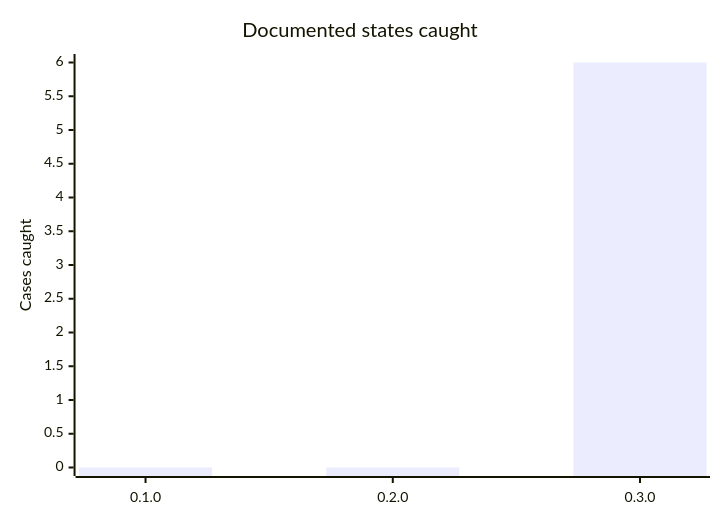
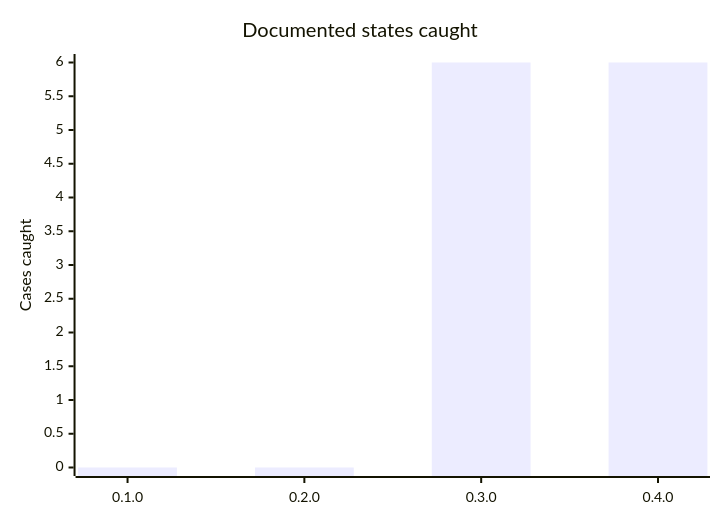
One commit to raframil/uninvent changed the second of 3 diagrams in BENCHMARK.md. Above: the diagram before and after it, drawn with Mermaid. The commit also changed other lines of this file and 87 other files, not shown here.

````diff
--- a/BENCHMARK.md
+++ b/BENCHMARK.md
@@ -53,7 +56,7 @@
 ```mermaid
 xychart-beta
     title "Documented states caught"
-    x-axis ["0.1.0", "0.2.0", "0.3.0"]
+    x-axis ["0.1.0", "0.2.0", "0.3.0", "0.4.0"]
     y-axis "Cases caught" 0 --> 6
-    bar [0, 0, 6]
+    bar [0, 0, 6, 6]
 ```
````
